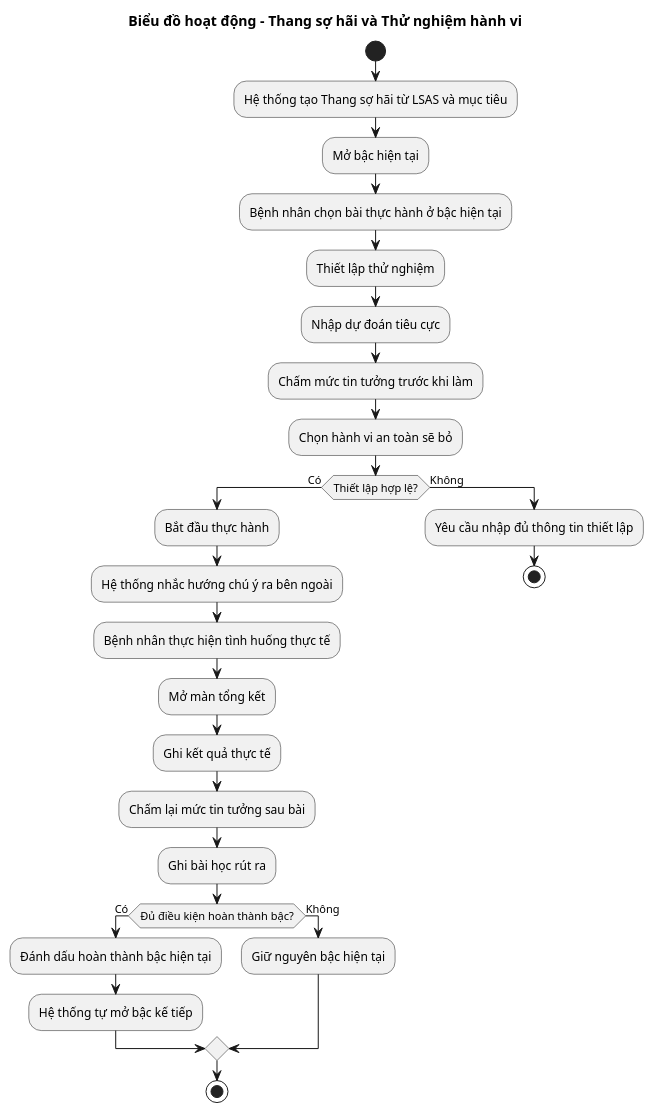
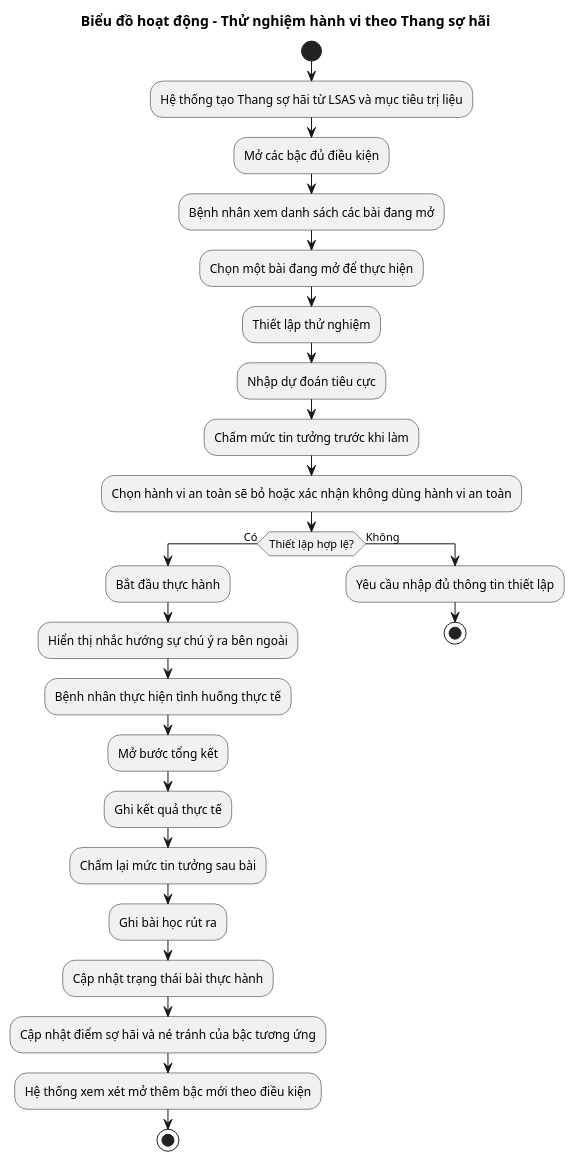
The diagram in docs/diagrams/Bieudohoatdong/behavioral_experiment.puml (phuongtech24/do_an), drawn with PlantUML before and after one commit. The commit also changed 18 other files, not shown here.

```diff
--- a/docs/diagrams/Bieudohoatdong/behavioral_experiment.puml
+++ b/docs/diagrams/Bieudohoatdong/behavioral_experiment.puml
@@ -1,35 +1,32 @@
 @startuml
-title Biểu đồ hoạt động - Thang sợ hãi và Thử nghiệm hành vi
+title Biểu đồ hoạt động - Thử nghiệm hành vi theo Thang sợ hãi
 
 start
-:Hệ thống tạo Thang sợ hãi từ LSAS và mục tiêu;
-:Mở bậc hiện tại;
+:Hệ thống tạo Thang sợ hãi từ LSAS và mục tiêu trị liệu;
+:Mở các bậc đủ điều kiện;
+:Bệnh nhân xem danh sách các bài đang mở;
+:Chọn một bài đang mở để thực hiện;
 
-:Bệnh nhân chọn bài thực hành ở bậc hiện tại;
 :Thiết lập thử nghiệm;
 :Nhập dự đoán tiêu cực;
 :Chấm mức tin tưởng trước khi làm;
-:Chọn hành vi an toàn sẽ bỏ;
+:Chọn hành vi an toàn sẽ bỏ hoặc xác nhận không dùng hành vi an toàn;
 
 if (Thiết lập hợp lệ?) then (Có)
   :Bắt đầu thực hành;
-  :Hệ thống nhắc hướng chú ý ra bên ngoài;
+  :Hiển thị nhắc hướng sự chú ý ra bên ngoài;
   :Bệnh nhân thực hiện tình huống thực tế;
-  :Mở màn tổng kết;
+  :Mở bước tổng kết;
   :Ghi kết quả thực tế;
   :Chấm lại mức tin tưởng sau bài;
   :Ghi bài học rút ra;
-
-  if (Đủ điều kiện hoàn thành bậc?) then (Có)
-    :Đánh dấu hoàn thành bậc hiện tại;
-    :Hệ thống tự mở bậc kế tiếp;
-  else (Không)
-    :Giữ nguyên bậc hiện tại;
-  endif
+  :Cập nhật trạng thái bài thực hành;
+  :Cập nhật điểm sợ hãi và né tránh của bậc tương ứng;
+  :Hệ thống xem xét mở thêm bậc mới theo điều kiện;
   stop
 else (Không)
   :Yêu cầu nhập đủ thông tin thiết lập;
   stop
 endif
 
 @enduml
```
